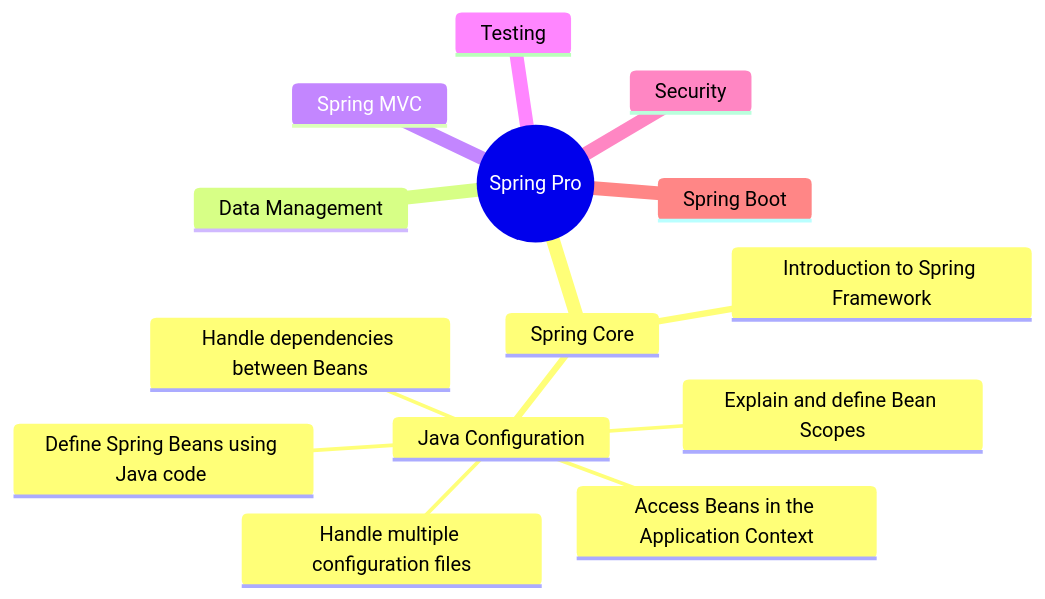
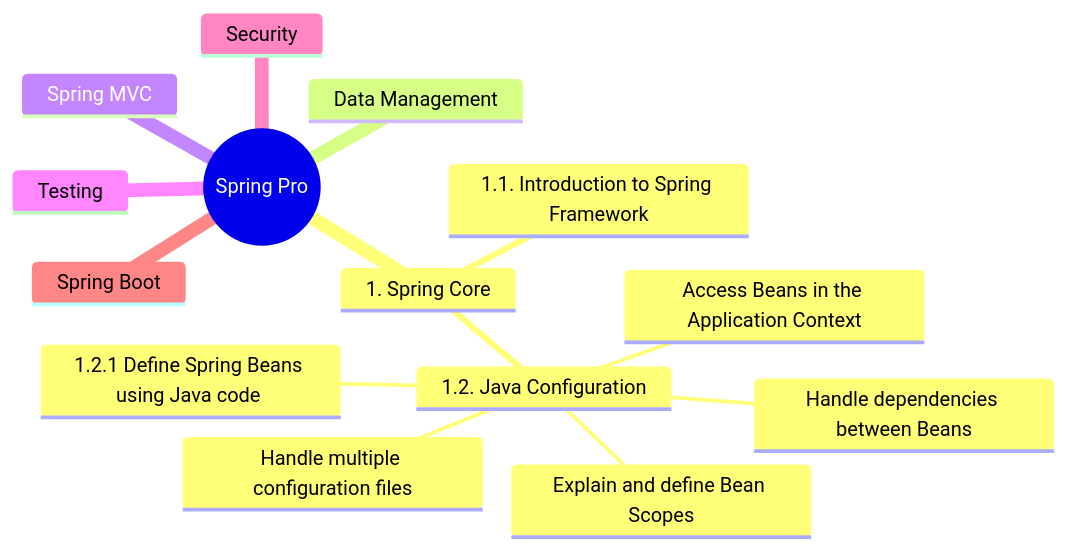
The diagram in content/spring-certified-pro/README.md (jrsmth/spring), drawn with Mermaid before and after one commit.

Commit message:
[SCP-0] Revision set-up

````diff
--- a/content/spring-certified-pro/README.md
+++ b/content/spring-certified-pro/README.md
@@ -6,17 +6,17 @@
 ```mermaid
 mindmap
   root((Spring Pro))
-    Spring Core
-      Introduction to Spring Framework
-      Java Configuration
-        Define Spring Beans using Java code 
+    1. Spring Core
+      1.1. Introduction to Spring Framework
+      1.2. Java Configuration
+        1.2.1 Define Spring Beans using Java code 
         Access Beans in the Application Context
         Handle multiple configuration files
         Handle dependencies between Beans
         Explain and define Bean Scopes
     Data Management
     Spring MVC
     Testing
     Security
     Spring Boot
 ```
````
